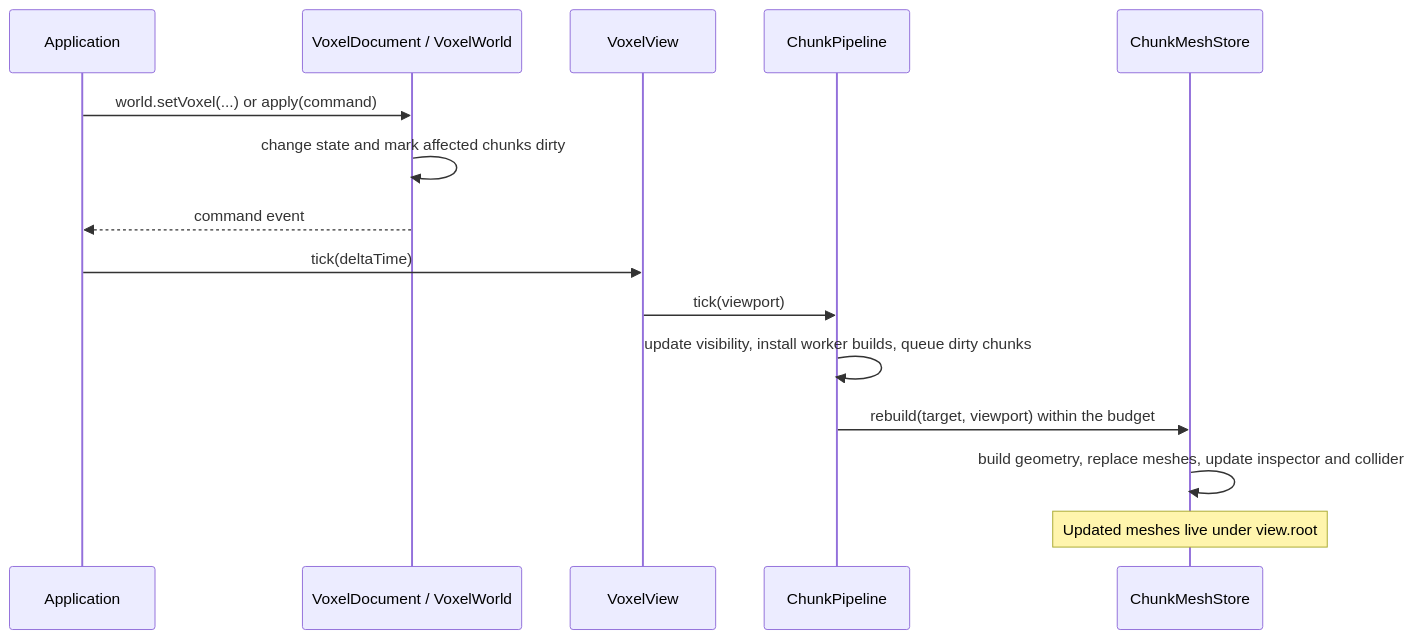
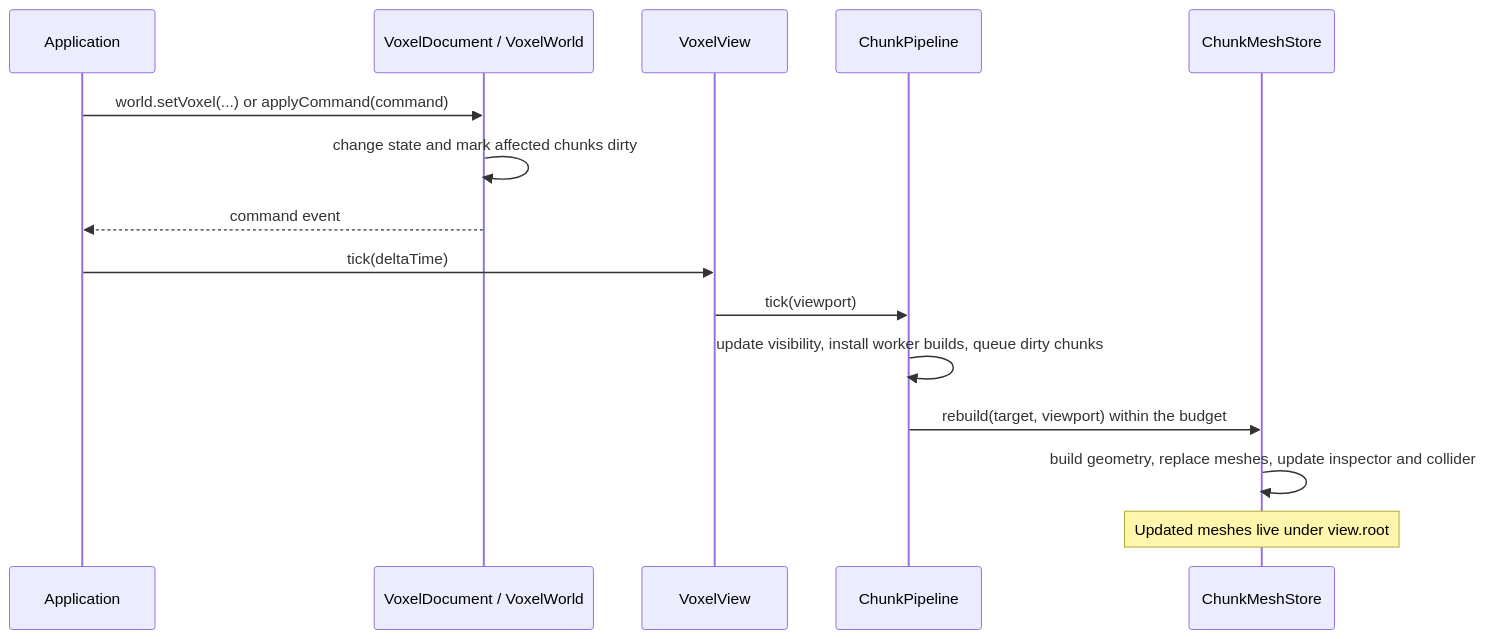
Before and after one commit to JollyPixel/editor: the third of 4 diagrams in packages/voxel-renderer/ARCHITECTURE.md, drawn with Mermaid. The commit also changed other lines of this file and 266 other files, not shown here.

````diff
--- a/packages/voxel-renderer/ARCHITECTURE.md
+++ b/packages/voxel-renderer/ARCHITECTURE.md
@@ -61,18 +61,18 @@
 ```mermaid
 sequenceDiagram
     participant App as Application
     participant Document as VoxelDocument / VoxelWorld
     participant View as VoxelView
     participant Pipeline as ChunkPipeline
     participant Store as ChunkMeshStore
 
-    App->>Document: world.setVoxel(...) or apply(command)
+    App->>Document: world.setVoxel(...) or applyCommand(command)
     Document->>Document: change state and mark affected chunks dirty
     Document-->>App: command event
     App->>View: tick(deltaTime)
     View->>Pipeline: tick(viewport)
     Pipeline->>Pipeline: update visibility, install worker builds, queue dirty chunks
     Pipeline->>Store: rebuild(target, viewport) within the budget
     Store->>Store: build geometry, replace meshes, update inspector and collider
     Note over Store: Updated meshes live under view.root
 ```
````
